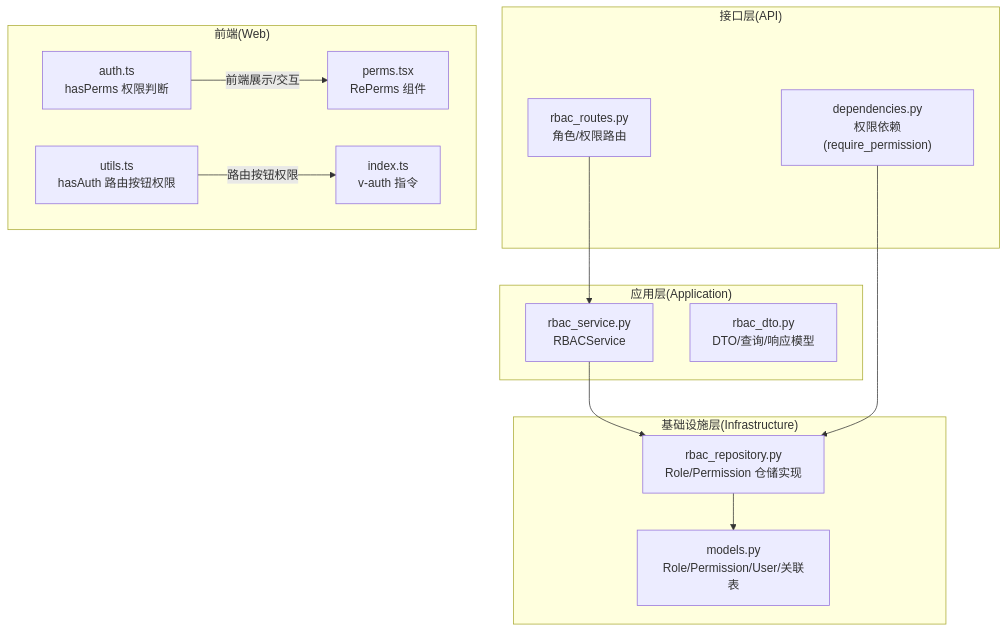
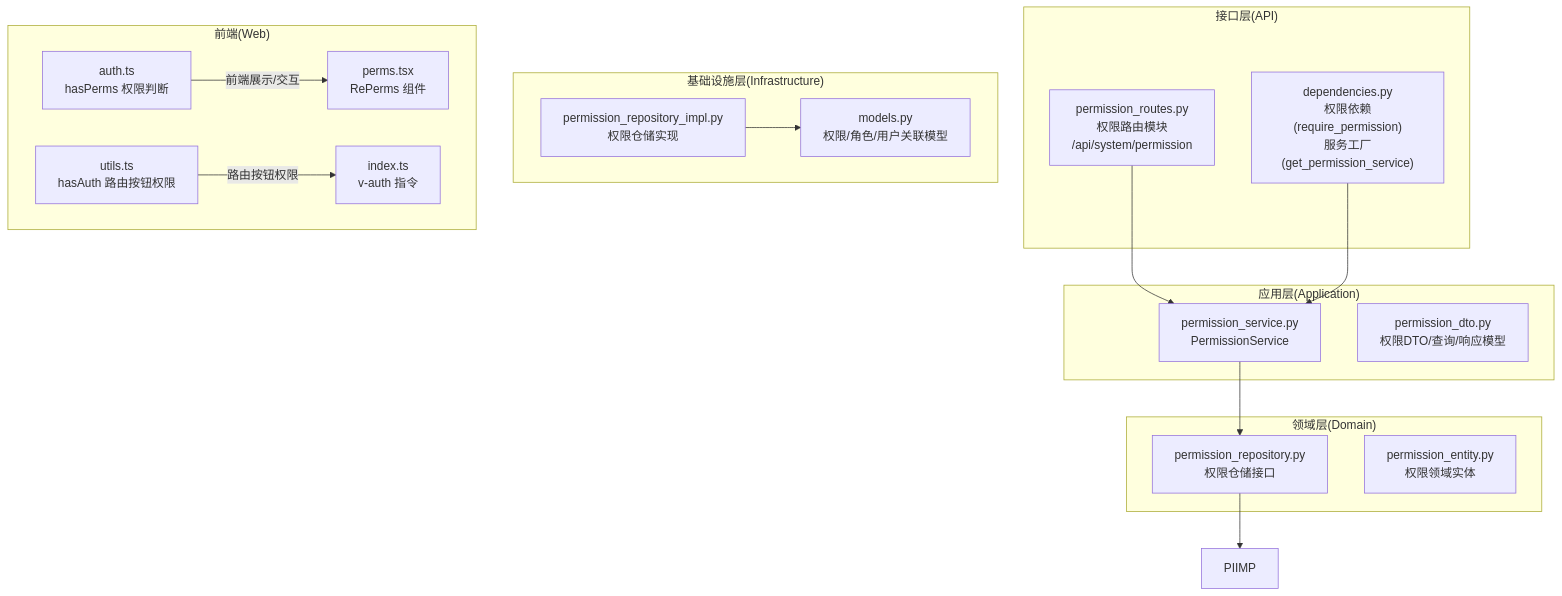
Before and after one commit to taoweidong/Hello-FastApi: the first of 7 diagrams in .qoder/repowiki/zh/content/项目概述/核心特性/RBAC 权限控制/权限管理.md, drawn with Mermaid. The commit also changed other lines of this file and 9 other files, not shown here.

````diff
--- a/.qoder/repowiki/zh/content/项目概述/核心特性/RBAC 权限控制/权限管理.md
+++ b/.qoder/repowiki/zh/content/项目概述/核心特性/RBAC 权限控制/权限管理.md
@@ -37,27 +50,32 @@
 ```mermaid
 graph TB
 subgraph "接口层(API)"
-R["rbac_routes.py<br/>角色/权限路由"]
-D["dependencies.py<br/>权限依赖(require_permission)"]
+PR["permission_routes.py<br/>权限路由模块<br/>/api/system/permission"]
+D["dependencies.py<br/>权限依赖(require_permission)<br/>服务工厂(get_permission_service)"]
 end
 subgraph "应用层(Application)"
-S["rbac_service.py<br/>RBACService"]
-DTO["rbac_dto.py<br/>DTO/查询/响应模型"]
+PS["permission_service.py<br/>PermissionService"]
+DTO["permission_dto.py<br/>权限DTO/查询/响应模型"]
+end
+subgraph "领域层(Domain)"
+PREPO["permission_repository.py<br/>权限仓储接口"]
+PENT["permission_entity.py<br/>权限领域实体"]
 end
 subgraph "基础设施层(Infrastructure)"
-Repo["rbac_repository.py<br/>Role/Permission 仓储实现"]
-M["models.py<br/>Role/Permission/User/关联表"]
+PIMP["permission_repository_impl.py<br/>权限仓储实现"]
+M["models.py<br/>权限/角色/用户关联模型"]
 end
 subgraph "前端(Web)"
 WA["auth.ts<br/>hasPerms 权限判断"]
 WR["utils.ts<br/>hasAuth 路由按钮权限"]
 DA["index.ts<br/>v-auth 指令"]
 RP["perms.tsx<br/>RePerms 组件"]
 end
-R --> S
-S --> Repo
-Repo --> M
-D --> Repo
+PR --> PS
+PS --> PREPO
+PREPO --> PIIMP
+PIMP --> M
+D --> PS
 WA --> |"前端展示/交互"| RP
 WR --> |"路由按钮权限"| DA
 ```
````
